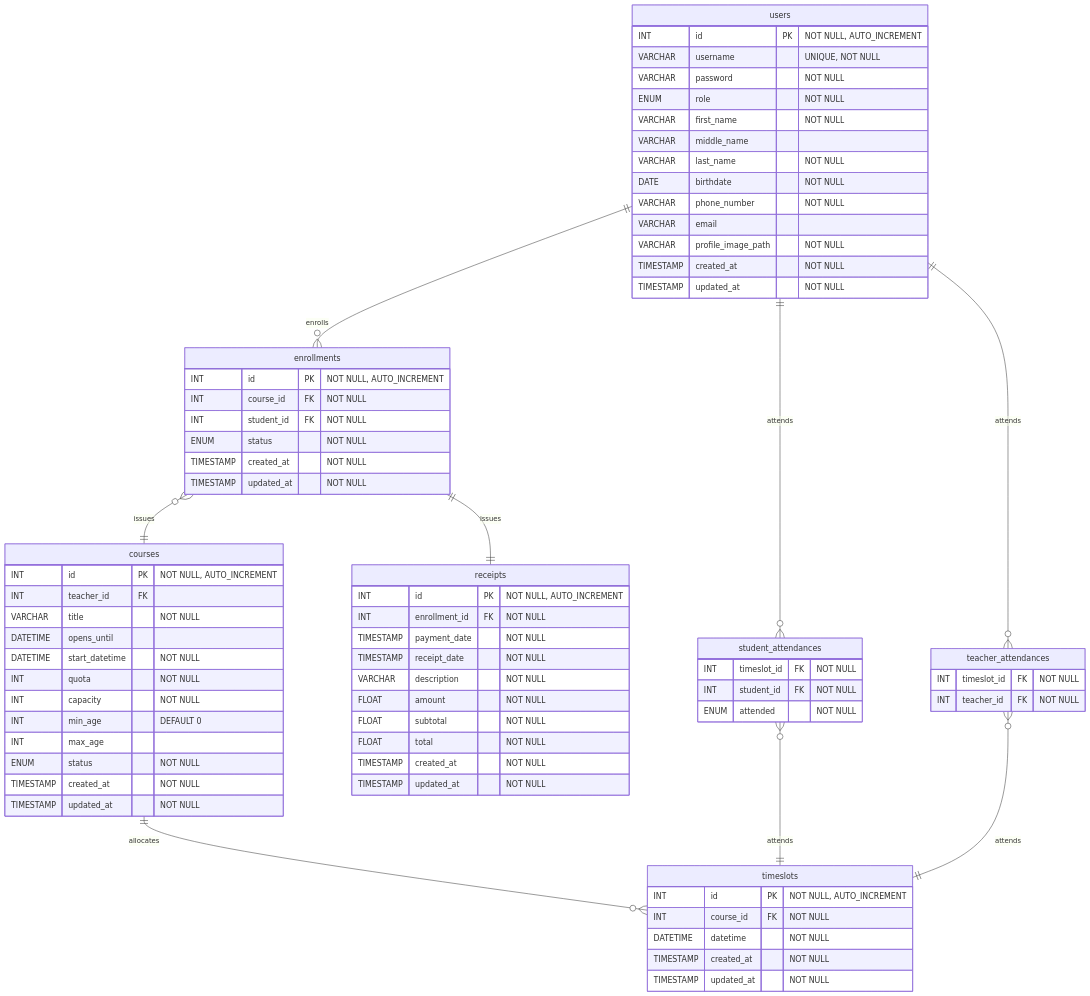
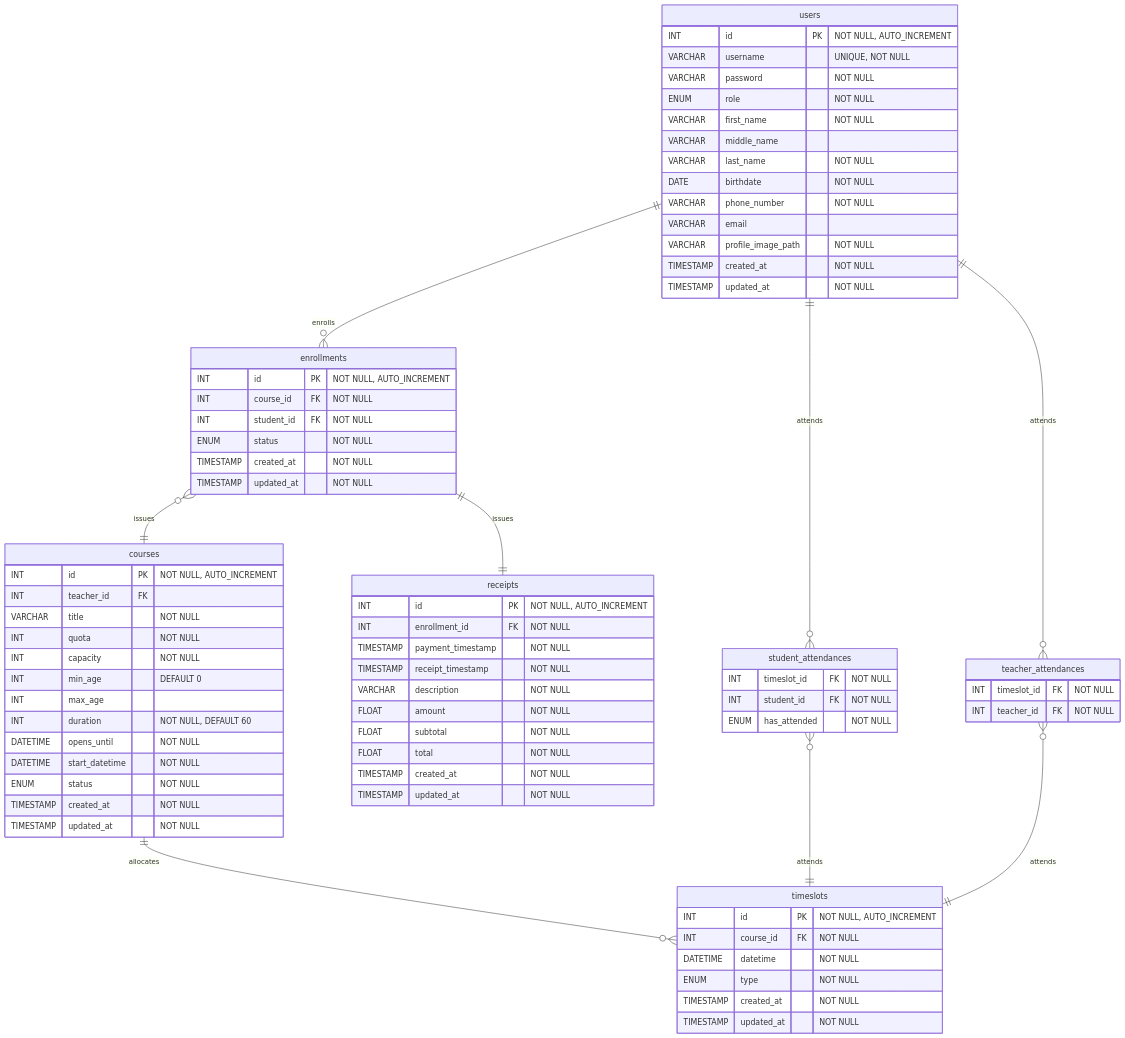
The diagram in Design/er.md (SaluteKevin/AQkid), drawn with Mermaid before and after one commit. The commit also changed 1 other file, not shown here.

Commit message:
Update ER diagram, use-cases

```diff
--- a/Design/er.md
+++ b/Design/er.md
@@ -24,12 +24,13 @@
         INT id PK "NOT NULL, AUTO_INCREMENT"
         INT teacher_id FK
         VARCHAR title "NOT NULL"
-        DATETIME opens_until
-        DATETIME start_datetime "NOT NULL"
         INT quota "NOT NULL"
         INT capacity "NOT NULL"
         INT min_age "DEFAULT 0"
         INT max_age
+        INT duration "NOT NULL, DEFAULT 60"
+        DATETIME opens_until "NOT NULL"
+        DATETIME start_datetime "NOT NULL"
         ENUM status "NOT NULL"
         TIMESTAMP created_at "NOT NULL"
         TIMESTAMP updated_at "NOT NULL"
@@ -47,8 +48,8 @@
     receipts {
         INT id PK "NOT NULL, AUTO_INCREMENT"
         INT enrollment_id FK "NOT NULL"
-        TIMESTAMP payment_date "NOT NULL"
-        TIMESTAMP receipt_date "NOT NULL"
+        TIMESTAMP payment_timestamp "NOT NULL"
+        TIMESTAMP receipt_timestamp "NOT NULL"
         VARCHAR description "NOT NULL"
         FLOAT amount "NOT NULL"
         FLOAT subtotal "NOT NULL"
@@ -61,6 +62,7 @@
         INT id PK "NOT NULL, AUTO_INCREMENT"
         INT course_id FK "NOT NULL"
         DATETIME datetime "NOT NULL"
+        ENUM type "NOT NULL"
         TIMESTAMP created_at "NOT NULL"
         TIMESTAMP updated_at "NOT NULL"
     }
@@ -68,7 +70,7 @@
     student_attendances {
         INT timeslot_id FK "NOT NULL"
         INT student_id FK "NOT NULL"
-        ENUM attended "NOT NULL"
+        ENUM has_attended "NOT NULL"
     }
 
     teacher_attendances {
```
